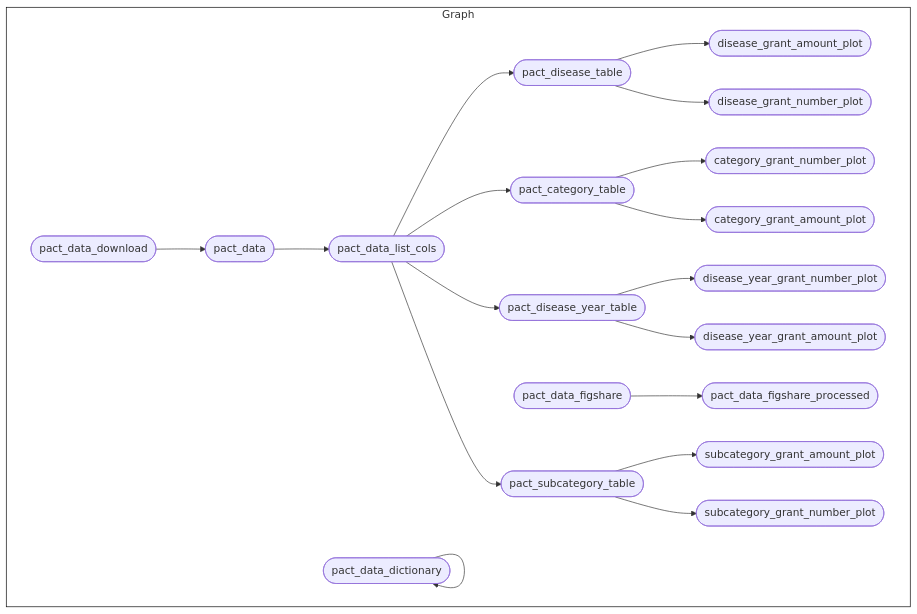
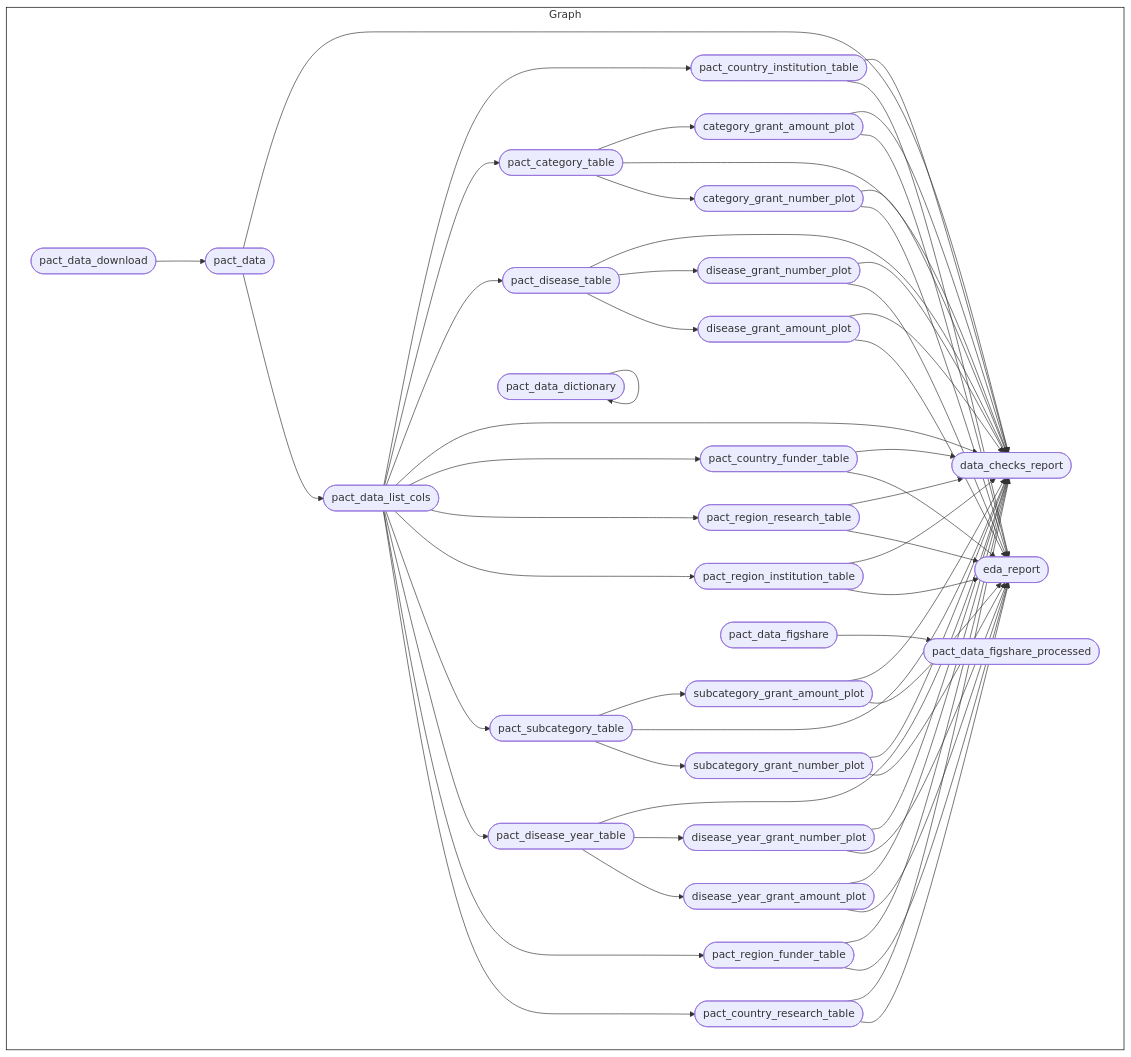
The diagram in README.md (OxfordIHTM/pandemic-pact-research), drawn with Mermaid before and after one commit. The commit also changed 9 other files, not shown here.

Commit message:
produce data review report; fix #34

````diff
--- a/README.md
+++ b/README.md
@@ -119,23 +119,63 @@
 ``` mermaid
 graph LR
   style Graph fill:#FFFFFF00,stroke:#000000;
   subgraph Graph
     direction LR
+    x4b2eaf5f2a623723(["pact_subcategory_table"]):::uptodate --> x266262b940d59309(["subcategory_grant_amount_plot"]):::uptodate
+    x425b856cafed2e14(["pact_data_list_cols"]):::uptodate --> xc21c6c1403e45920(["pact_country_institution_table"]):::uptodate
+    x425b856cafed2e14(["pact_data_list_cols"]):::uptodate --> x17238a644d1c9613(["pact_category_table"]):::uptodate
+    x425b856cafed2e14(["pact_data_list_cols"]):::uptodate --> x048fedabfb1dc4d1(["pact_disease_table"]):::uptodate
+    x17238a644d1c9613(["pact_category_table"]):::uptodate --> xeebcb2a0add07e8b(["category_grant_amount_plot"]):::uptodate
+    xeebcb2a0add07e8b(["category_grant_amount_plot"]):::uptodate --> xa2ae961635507806(["data_checks_report"]):::uptodate
+    xbd0d7f2969e060ce(["category_grant_number_plot"]):::uptodate --> xa2ae961635507806(["data_checks_report"]):::uptodate
+    xb30b2ab86188f377(["disease_grant_amount_plot"]):::uptodate --> xa2ae961635507806(["data_checks_report"]):::uptodate
+    x861440ba71ebf0a2(["disease_grant_number_plot"]):::uptodate --> xa2ae961635507806(["data_checks_report"]):::uptodate
+    x2d3474670cc57c2a(["disease_year_grant_amount_plot"]):::uptodate --> xa2ae961635507806(["data_checks_report"]):::uptodate
+    x6d53c82f99adf5ab(["disease_year_grant_number_plot"]):::uptodate --> xa2ae961635507806(["data_checks_report"]):::uptodate
+    x17238a644d1c9613(["pact_category_table"]):::uptodate --> xa2ae961635507806(["data_checks_report"]):::uptodate
+    x60edb5b5200144e0(["pact_country_funder_table"]):::uptodate --> xa2ae961635507806(["data_checks_report"]):::uptodate
+    xc21c6c1403e45920(["pact_country_institution_table"]):::uptodate --> xa2ae961635507806(["data_checks_report"]):::uptodate
+    x6f288eae74e85282(["pact_country_research_table"]):::uptodate --> xa2ae961635507806(["data_checks_report"]):::uptodate
+    xcc1dd80fe3b3ae4f(["pact_data"]):::uptodate --> xa2ae961635507806(["data_checks_report"]):::uptodate
+    x425b856cafed2e14(["pact_data_list_cols"]):::uptodate --> xa2ae961635507806(["data_checks_report"]):::uptodate
+    x048fedabfb1dc4d1(["pact_disease_table"]):::uptodate --> xa2ae961635507806(["data_checks_report"]):::uptodate
+    x9cdc471408af7c20(["pact_disease_year_table"]):::uptodate --> xa2ae961635507806(["data_checks_report"]):::uptodate
+    x1747d45d4f8e0978(["pact_region_funder_table"]):::uptodate --> xa2ae961635507806(["data_checks_report"]):::uptodate
+    x6faa3cd2a83aa9fe(["pact_region_institution_table"]):::uptodate --> xa2ae961635507806(["data_checks_report"]):::uptodate
+    x81bbb48d4b085633(["pact_region_research_table"]):::uptodate --> xa2ae961635507806(["data_checks_report"]):::uptodate
+    x4b2eaf5f2a623723(["pact_subcategory_table"]):::uptodate --> xa2ae961635507806(["data_checks_report"]):::uptodate
+    x266262b940d59309(["subcategory_grant_amount_plot"]):::uptodate --> xa2ae961635507806(["data_checks_report"]):::uptodate
+    xc3ee1024694a8917(["subcategory_grant_number_plot"]):::uptodate --> xa2ae961635507806(["data_checks_report"]):::uptodate
+    x425b856cafed2e14(["pact_data_list_cols"]):::uptodate --> x60edb5b5200144e0(["pact_country_funder_table"]):::uptodate
+    x425b856cafed2e14(["pact_data_list_cols"]):::uptodate --> x81bbb48d4b085633(["pact_region_research_table"]):::uptodate
+    x048fedabfb1dc4d1(["pact_disease_table"]):::uptodate --> x861440ba71ebf0a2(["disease_grant_number_plot"]):::uptodate
+    x9cdc471408af7c20(["pact_disease_year_table"]):::uptodate --> x6d53c82f99adf5ab(["disease_year_grant_number_plot"]):::uptodate
+    x17238a644d1c9613(["pact_category_table"]):::uptodate --> xbd0d7f2969e060ce(["category_grant_number_plot"]):::uptodate
+    x1942bfb70161773c(["pact_data_download"]):::uptodate --> xcc1dd80fe3b3ae4f(["pact_data"]):::uptodate
+    x048fedabfb1dc4d1(["pact_disease_table"]):::uptodate --> xb30b2ab86188f377(["disease_grant_amount_plot"]):::uptodate
+    x425b856cafed2e14(["pact_data_list_cols"]):::uptodate --> x6faa3cd2a83aa9fe(["pact_region_institution_table"]):::uptodate
+    x425b856cafed2e14(["pact_data_list_cols"]):::uptodate --> x4b2eaf5f2a623723(["pact_subcategory_table"]):::uptodate
+    x152e77733f2137bd(["pact_data_figshare"]):::uptodate --> xf4a808aa1c06cf39(["pact_data_figshare_processed"]):::uptodate
+    x4b2eaf5f2a623723(["pact_subcategory_table"]):::uptodate --> xc3ee1024694a8917(["subcategory_grant_number_plot"]):::uptodate
+    x425b856cafed2e14(["pact_data_list_cols"]):::uptodate --> x9cdc471408af7c20(["pact_disease_year_table"]):::uptodate
+    x425b856cafed2e14(["pact_data_list_cols"]):::uptodate --> x1747d45d4f8e0978(["pact_region_funder_table"]):::uptodate
+    x9cdc471408af7c20(["pact_disease_year_table"]):::uptodate --> x2d3474670cc57c2a(["disease_year_grant_amount_plot"]):::uptodate
+    x425b856cafed2e14(["pact_data_list_cols"]):::uptodate --> x6f288eae74e85282(["pact_country_research_table"]):::uptodate
     xcc1dd80fe3b3ae4f(["pact_data"]):::uptodate --> x425b856cafed2e14(["pact_data_list_cols"]):::uptodate
-    x1942bfb70161773c(["pact_data_download"]):::uptodate --> xcc1dd80fe3b3ae4f(["pact_data"]):::uptodate
-    x9cdc471408af7c20(["pact_disease_year_table"]):::uptodate --> x6d53c82f99adf5ab(["disease_year_grant_number_plot"]):::uptodate
-    x4b2eaf5f2a623723(["pact_subcategory_table"]):::uptodate --> x266262b940d59309(["subcategory_grant_amount_plot"]):::uptodate
-    x17238a644d1c9613(["pact_category_table"]):::uptodate --> xbd0d7f2969e060ce(["category_grant_number_plot"]):::uptodate
-    x152e77733f2137bd(["pact_data_figshare"]):::uptodate --> xf4a808aa1c06cf39(["pact_data_figshare_processed"]):::uptodate
-    x048fedabfb1dc4d1(["pact_disease_table"]):::uptodate --> xb30b2ab86188f377(["disease_grant_amount_plot"]):::uptodate
-    x425b856cafed2e14(["pact_data_list_cols"]):::uptodate --> x048fedabfb1dc4d1(["pact_disease_table"]):::uptodate
-    x425b856cafed2e14(["pact_data_list_cols"]):::uptodate --> x17238a644d1c9613(["pact_category_table"]):::uptodate
-    x4b2eaf5f2a623723(["pact_subcategory_table"]):::uptodate --> xc3ee1024694a8917(["subcategory_grant_number_plot"]):::uptodate
-    x17238a644d1c9613(["pact_category_table"]):::uptodate --> xeebcb2a0add07e8b(["category_grant_amount_plot"]):::uptodate
-    x048fedabfb1dc4d1(["pact_disease_table"]):::uptodate --> x861440ba71ebf0a2(["disease_grant_number_plot"]):::uptodate
-    x9cdc471408af7c20(["pact_disease_year_table"]):::uptodate --> x2d3474670cc57c2a(["disease_year_grant_amount_plot"]):::uptodate
-    x425b856cafed2e14(["pact_data_list_cols"]):::uptodate --> x9cdc471408af7c20(["pact_disease_year_table"]):::uptodate
-    x425b856cafed2e14(["pact_data_list_cols"]):::uptodate --> x4b2eaf5f2a623723(["pact_subcategory_table"]):::uptodate
+    xeebcb2a0add07e8b(["category_grant_amount_plot"]):::uptodate --> xb3eeef7ae89696b0(["eda_report"]):::uptodate
+    xbd0d7f2969e060ce(["category_grant_number_plot"]):::uptodate --> xb3eeef7ae89696b0(["eda_report"]):::uptodate
+    xb30b2ab86188f377(["disease_grant_amount_plot"]):::uptodate --> xb3eeef7ae89696b0(["eda_report"]):::uptodate
+    x861440ba71ebf0a2(["disease_grant_number_plot"]):::uptodate --> xb3eeef7ae89696b0(["eda_report"]):::uptodate
+    x2d3474670cc57c2a(["disease_year_grant_amount_plot"]):::uptodate --> xb3eeef7ae89696b0(["eda_report"]):::uptodate
+    x6d53c82f99adf5ab(["disease_year_grant_number_plot"]):::uptodate --> xb3eeef7ae89696b0(["eda_report"]):::uptodate
+    x60edb5b5200144e0(["pact_country_funder_table"]):::uptodate --> xb3eeef7ae89696b0(["eda_report"]):::uptodate
+    xc21c6c1403e45920(["pact_country_institution_table"]):::uptodate --> xb3eeef7ae89696b0(["eda_report"]):::uptodate
+    x6f288eae74e85282(["pact_country_research_table"]):::uptodate --> xb3eeef7ae89696b0(["eda_report"]):::uptodate
+    x1747d45d4f8e0978(["pact_region_funder_table"]):::uptodate --> xb3eeef7ae89696b0(["eda_report"]):::uptodate
+    x6faa3cd2a83aa9fe(["pact_region_institution_table"]):::uptodate --> xb3eeef7ae89696b0(["eda_report"]):::uptodate
+    x81bbb48d4b085633(["pact_region_research_table"]):::uptodate --> xb3eeef7ae89696b0(["eda_report"]):::uptodate
+    x266262b940d59309(["subcategory_grant_amount_plot"]):::uptodate --> xb3eeef7ae89696b0(["eda_report"]):::uptodate
+    xc3ee1024694a8917(["subcategory_grant_number_plot"]):::uptodate --> xb3eeef7ae89696b0(["eda_report"]):::uptodate
     x129fabe77e33db5d(["pact_data_dictionary"]):::uptodate --> x129fabe77e33db5d(["pact_data_dictionary"]):::uptodate
   end
 ```
````
